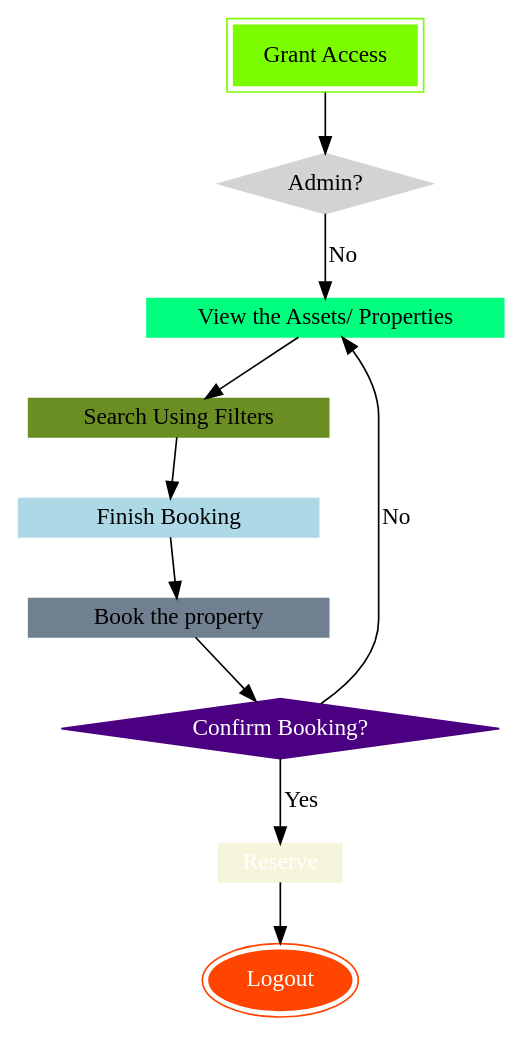
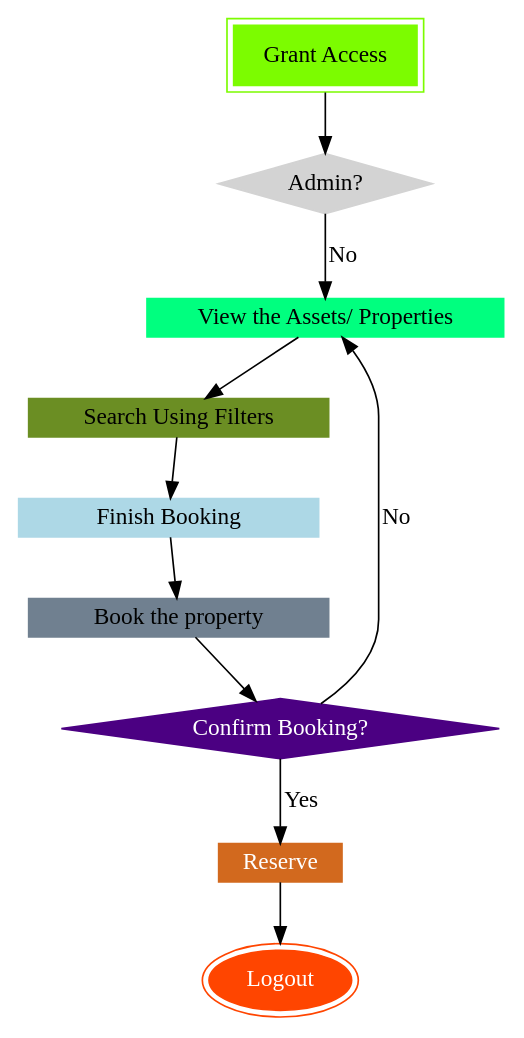
The diagram in docs/source/flowSequenceNonAdmin.rst (IIITM-Jay/Property-Management-System-Docs), drawn with Graphviz before and after one commit.

```diff
--- a/docs/source/flowSequenceNonAdmin.rst
+++ b/docs/source/flowSequenceNonAdmin.rst
@@ -4,29 +4,29 @@
 .. graphviz::
    :align: center
 
    digraph {
       a->b
       b->c [label="No", labelfontcolor=green]
       c->d 
       d->e 
       e->f
       f->g 
       g->h [label="Yes"]
       g->c [label="No"]
       h->i
       
      
      
       a [shape=box, label="Grant Access", peripheries=2,color=lawngreen, fontcolor=white, style=filled, fontcolor=black ]
       b [shape=diamond, label="Admin?" color="lightgray", style=filled]
       c [shape=box, label="View the Assets/ Properties", height=0.25, width=2.5, color=springgreen,style=filled, fontcolor=black ]
       d [shape=box, label="Search Using Filters", height=0.25, width=2.5, color= olivedrab,style=filled, fontcolor=black ]
       e [shape=box, label="Finish Booking", distortion=0.10, height=0.25, width=2.5, color=lightblue,style=filled, fontcolor=black ]
       f [shape=box, label="Book the property", height=0.25, width=2.5, color= slategray,style=filled, fontcolor=black ]
       g [shape=diamond, label="Confirm Booking?", color=indigo, fontcolor=white, style=filled]
-      h [shape=box, label="Reserve", height=0.25, width=0.75, color=beige,style=filled, fontcolor=white ]
+      h [shape=box, label="Reserve", height=0.25, width=0.75, color=chocolate,style=filled, fontcolor=white ]
       i [shap=ellipse, peripheries=2,color= orangered, label="Logout", style=filled, fontcolor=white];
 
 
       
    }
```
